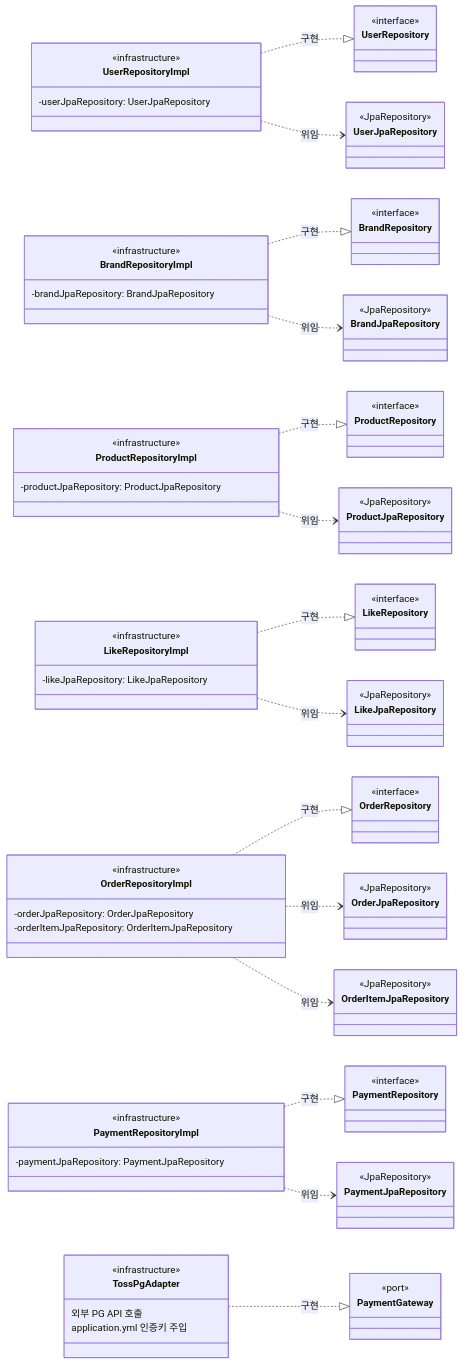
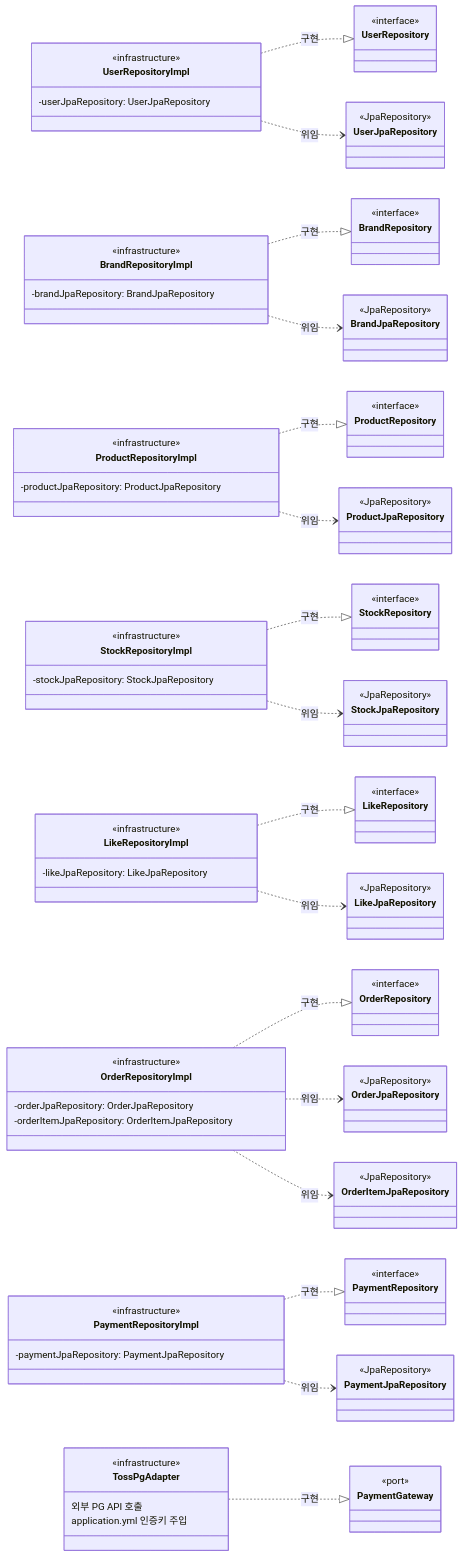
One commit to Rojojun/loop-pack-be-l2-vol4-kotlin changed the eighth of 8 diagrams in .docs/design/03-class-diagram.md. Above: the diagram before and after it, drawn with Mermaid. The commit also changed other lines of this file and 2 other files, not shown here.

Commit message:
docs: 개발전 설계 문서 수정 stock 분리

````diff
--- a/.docs/design/03-class-diagram.md
+++ b/.docs/design/03-class-diagram.md
@@ -866,67 +919,75 @@
 ```mermaid
 classDiagram
     direction LR
 
     class UserRepository { <<interface>> }
     class BrandRepository { <<interface>> }
     class ProductRepository { <<interface>> }
+    class StockRepository { <<interface>> }
     class LikeRepository { <<interface>> }
     class OrderRepository { <<interface>> }
     class PaymentRepository { <<interface>> }
     class PaymentGateway { <<port>> }
 
     class UserRepositoryImpl {
         <<infrastructure>>
         -userJpaRepository: UserJpaRepository
     }
     class BrandRepositoryImpl {
         <<infrastructure>>
         -brandJpaRepository: BrandJpaRepository
     }
     class ProductRepositoryImpl {
         <<infrastructure>>
         -productJpaRepository: ProductJpaRepository
+    }
+    class StockRepositoryImpl {
+        <<infrastructure>>
+        -stockJpaRepository: StockJpaRepository
     }
     class LikeRepositoryImpl {
         <<infrastructure>>
         -likeJpaRepository: LikeJpaRepository
     }
     class OrderRepositoryImpl {
         <<infrastructure>>
         -orderJpaRepository: OrderJpaRepository
         -orderItemJpaRepository: OrderItemJpaRepository
     }
     class PaymentRepositoryImpl {
         <<infrastructure>>
         -paymentJpaRepository: PaymentJpaRepository
     }
     class TossPgAdapter {
         <<infrastructure>>
         외부 PG API 호출
         application.yml 인증키 주입
     }
 
     class UserJpaRepository { <<JpaRepository>> }
     class BrandJpaRepository { <<JpaRepository>> }
     class ProductJpaRepository { <<JpaRepository>> }
+    class StockJpaRepository { <<JpaRepository>> }
     class LikeJpaRepository { <<JpaRepository>> }
     class OrderJpaRepository { <<JpaRepository>> }
     class OrderItemJpaRepository { <<JpaRepository>> }
     class PaymentJpaRepository { <<JpaRepository>> }
 
     UserRepositoryImpl ..|> UserRepository : 구현
     BrandRepositoryImpl ..|> BrandRepository : 구현
     ProductRepositoryImpl ..|> ProductRepository : 구현
+    StockRepositoryImpl ..|> StockRepository : 구현
     LikeRepositoryImpl ..|> LikeRepository : 구현
     OrderRepositoryImpl ..|> OrderRepository : 구현
     PaymentRepositoryImpl ..|> PaymentRepository : 구현
     TossPgAdapter ..|> PaymentGateway : 구현
 
     UserRepositoryImpl ..> UserJpaRepository : 위임
     BrandRepositoryImpl ..> BrandJpaRepository : 위임
     ProductRepositoryImpl ..> ProductJpaRepository : 위임
+    StockRepositoryImpl ..> StockJpaRepository : 위임
     LikeRepositoryImpl ..> LikeJpaRepository : 위임
     OrderRepositoryImpl ..> OrderJpaRepository : 위임
     OrderRepositoryImpl ..> OrderItemJpaRepository : 위임
     PaymentRepositoryImpl ..> PaymentJpaRepository : 위임
 ```
````
